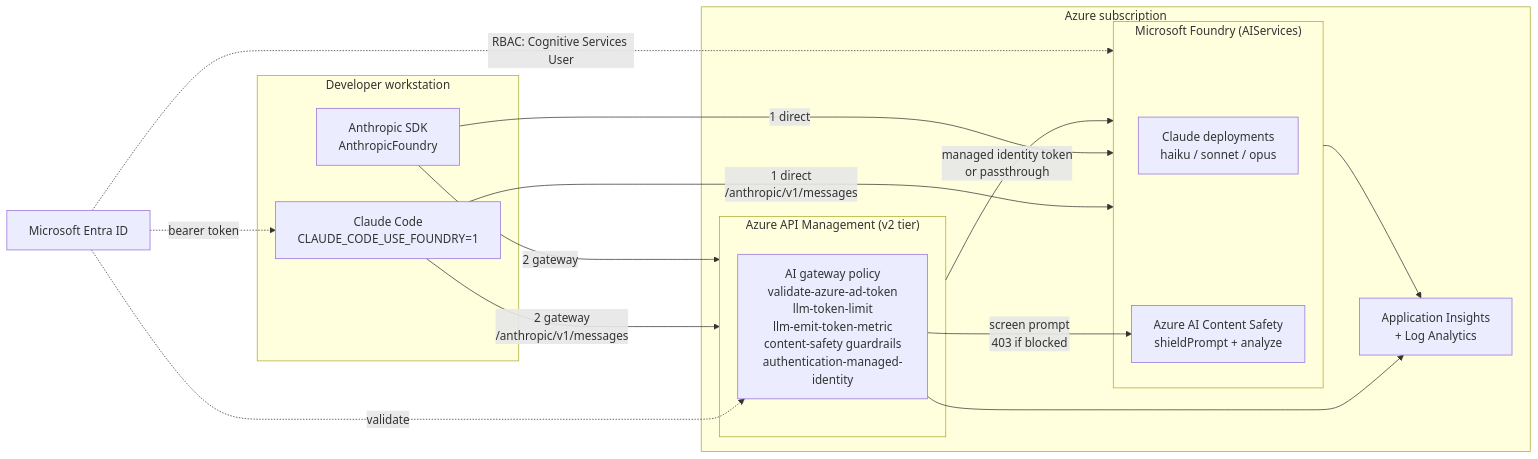
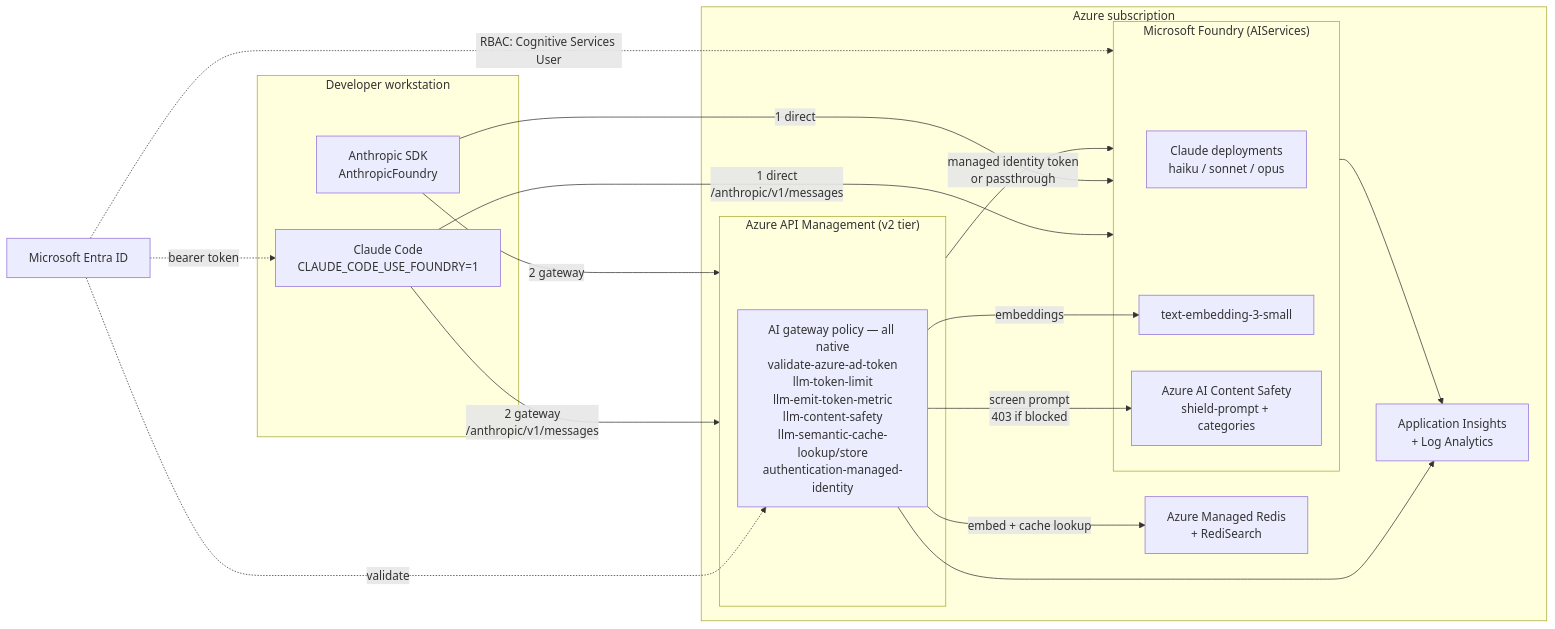
The diagram in README.md (san360/foundry-claude-gateway), drawn with Mermaid before and after one commit. The commit also changed other lines of this file and 17 other files, not shown here.

````diff
--- a/README.md
+++ b/README.md
@@ -17,32 +17,36 @@
 ```mermaid
 flowchart LR
     subgraph Client["Developer workstation"]
         CC["Claude Code<br/>CLAUDE_CODE_USE_FOUNDRY=1"]
         SDK["Anthropic SDK<br/>AnthropicFoundry"]
     end
 
     subgraph Azure["Azure subscription"]
         subgraph APIM["Azure API Management (v2 tier)"]
-            POL["AI gateway policy<br/>validate-azure-ad-token<br/>llm-token-limit<br/>llm-emit-token-metric<br/>content-safety guardrails<br/>authentication-managed-identity"]
+            POL["AI gateway policy — all native<br/>validate-azure-ad-token<br/>llm-token-limit<br/>llm-emit-token-metric<br/>llm-content-safety<br/>llm-semantic-cache-lookup/store<br/>authentication-managed-identity"]
         end
         subgraph FDY["Microsoft Foundry (AIServices)"]
             DEP["Claude deployments<br/>haiku / sonnet / opus"]
-            CS["Azure AI Content Safety<br/>shieldPrompt + analyze"]
+            EMB["text-embedding-3-small"]
+            CS["Azure AI Content Safety<br/>shield-prompt + categories"]
         end
+        RDS["Azure Managed Redis<br/>+ RediSearch"]
         AI["Application Insights<br/>+ Log Analytics"]
     end
 
     ENTRA["Microsoft Entra ID"]
 
     CC -- "1 direct<br/>/anthropic/v1/messages" --> FDY
     SDK -- "1 direct" --> FDY
     CC -- "2 gateway<br/>/anthropic/v1/messages" --> APIM
     SDK -- "2 gateway" --> APIM
     POL -- "screen prompt<br/>403 if blocked" --> CS
+    POL -- "embed + cache lookup" --> RDS
+    POL -- "embeddings" --> EMB
     APIM -- "managed identity token<br/>or passthrough" --> FDY
     ENTRA -. "bearer token" .-> CC
     ENTRA -. "validate" .-> POL
     ENTRA -. "RBAC: Cognitive Services User" .-> FDY
     POL --> AI
     FDY --> AI
 ```
````
